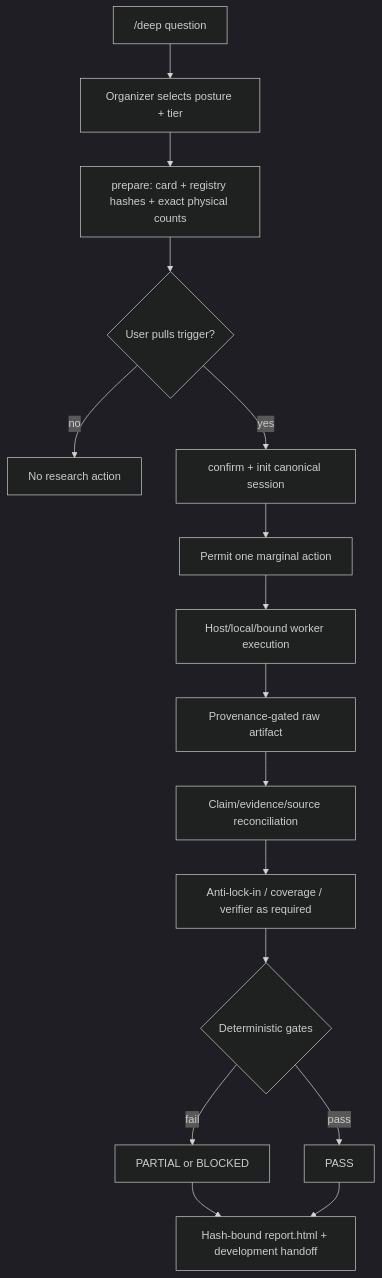
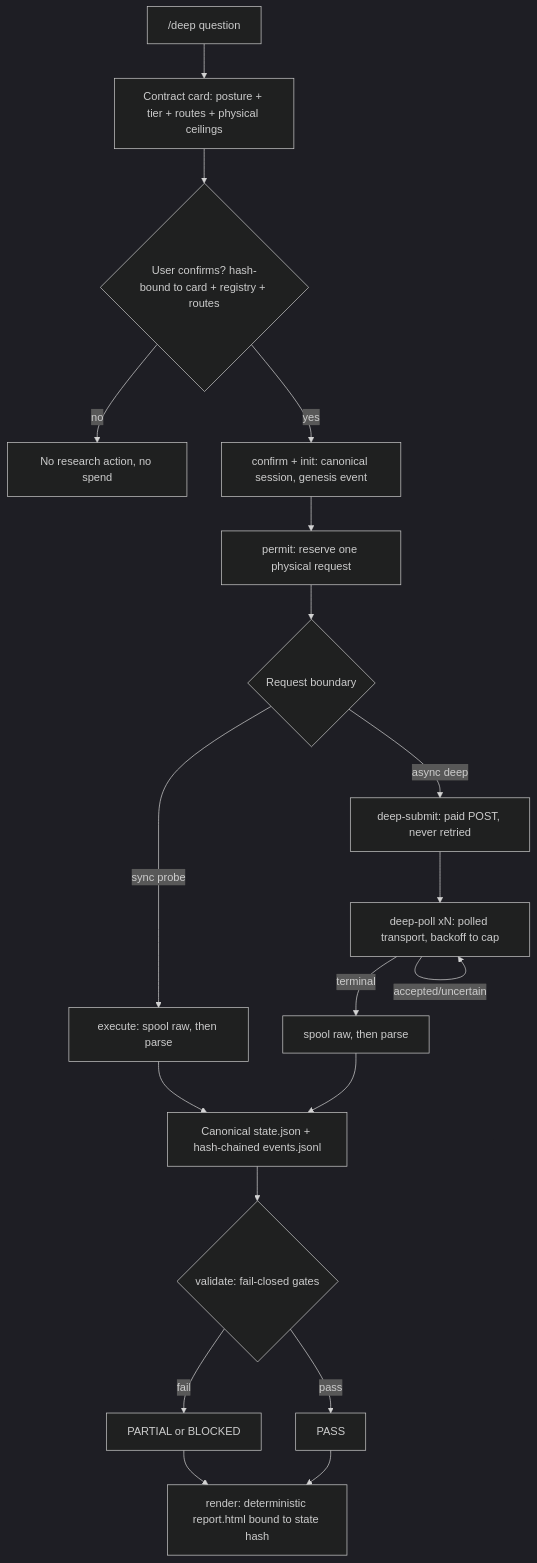
The diagram in README.md (jechiu16/agent-deep-research-trigger), drawn with Mermaid (dark theme) before and after one commit. The commit also changed other lines of this file and 1 other file, not shown here.

````diff
--- a/README.md
+++ b/README.md
@@ -45,18 +50,21 @@
 ```mermaid
 flowchart TD
-    A["/deep question"] --> B["Organizer selects posture + tier"]
-    B --> C["prepare: card + registry hashes + exact physical counts"]
-    C --> D{"User pulls trigger?"}
-    D -- no --> X["No research action"]
-    D -- yes --> E["confirm + init canonical session"]
-    E --> F["Permit one marginal action"]
-    F --> G["Host/local/bound worker execution"]
-    G --> H["Provenance-gated raw artifact"]
-    H --> I["Claim/evidence/source reconciliation"]
-    I --> J["Anti-lock-in / coverage / verifier as required"]
-    J --> K{"Deterministic gates"}
-    K -- fail --> L["PARTIAL or BLOCKED"]
-    K -- pass --> M["PASS"]
-    L --> N["Hash-bound report.html + development handoff"]
-    M --> N
+    Q["/deep question"] --> CARD["Contract card: posture + tier + routes + physical ceilings"]
+    CARD --> CONFIRM{"User confirms? hash-bound to card + registry + routes"}
+    CONFIRM -- no --> STOP["No research action, no spend"]
+    CONFIRM -- yes --> INIT["confirm + init: canonical session, genesis event"]
+    INIT --> PERMIT["permit: reserve one physical request"]
+    PERMIT --> BOUNDARY{"Request boundary"}
+    BOUNDARY -- sync probe --> PROBE["execute: spool raw, then parse"]
+    BOUNDARY -- async deep --> SUBMIT["deep-submit: paid POST, never retried"]
+    SUBMIT --> POLL["deep-poll xN: polled transport, backoff to cap"]
+    POLL -- accepted/uncertain --> POLL
+    POLL -- terminal --> HARVEST["spool raw, then parse"]
+    PROBE --> STATE["Canonical state.json + hash-chained events.jsonl"]
+    HARVEST --> STATE
+    STATE --> VALIDATE{"validate: fail-closed gates"}
+    VALIDATE -- fail --> PARTIAL["PARTIAL or BLOCKED"]
+    VALIDATE -- pass --> PASS["PASS"]
+    PARTIAL --> RENDER["render: deterministic report.html bound to state hash"]
+    PASS --> RENDER
 ```
````
